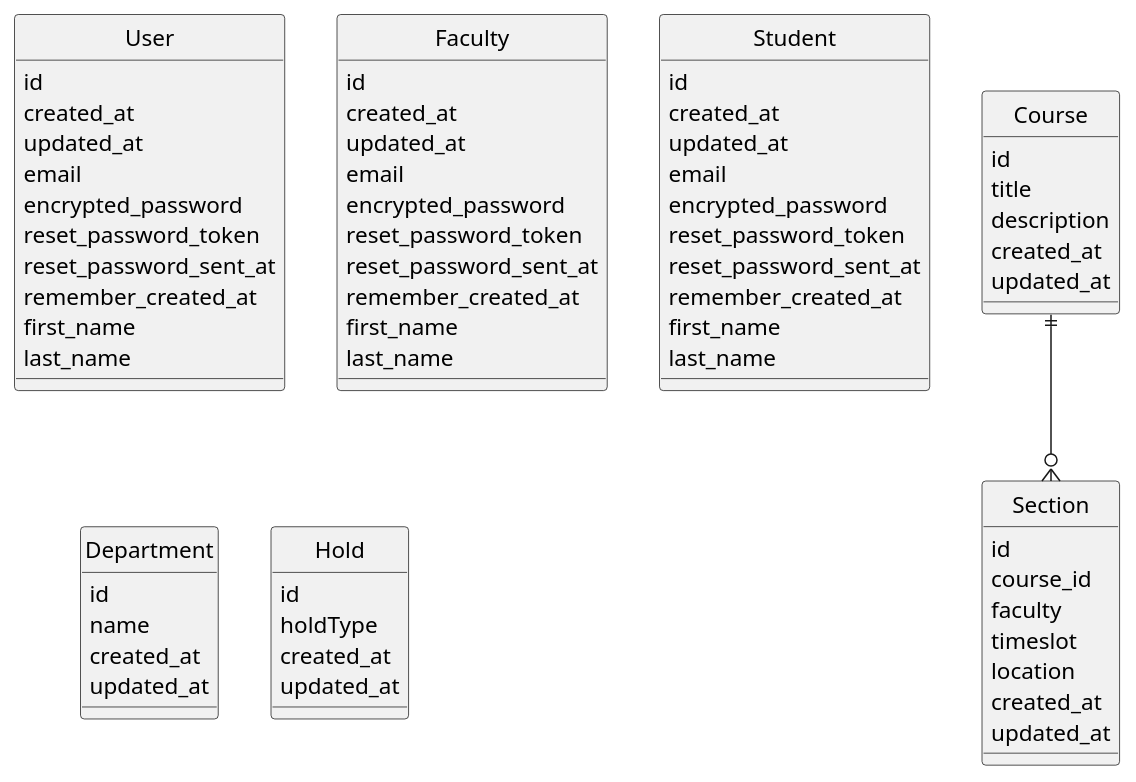
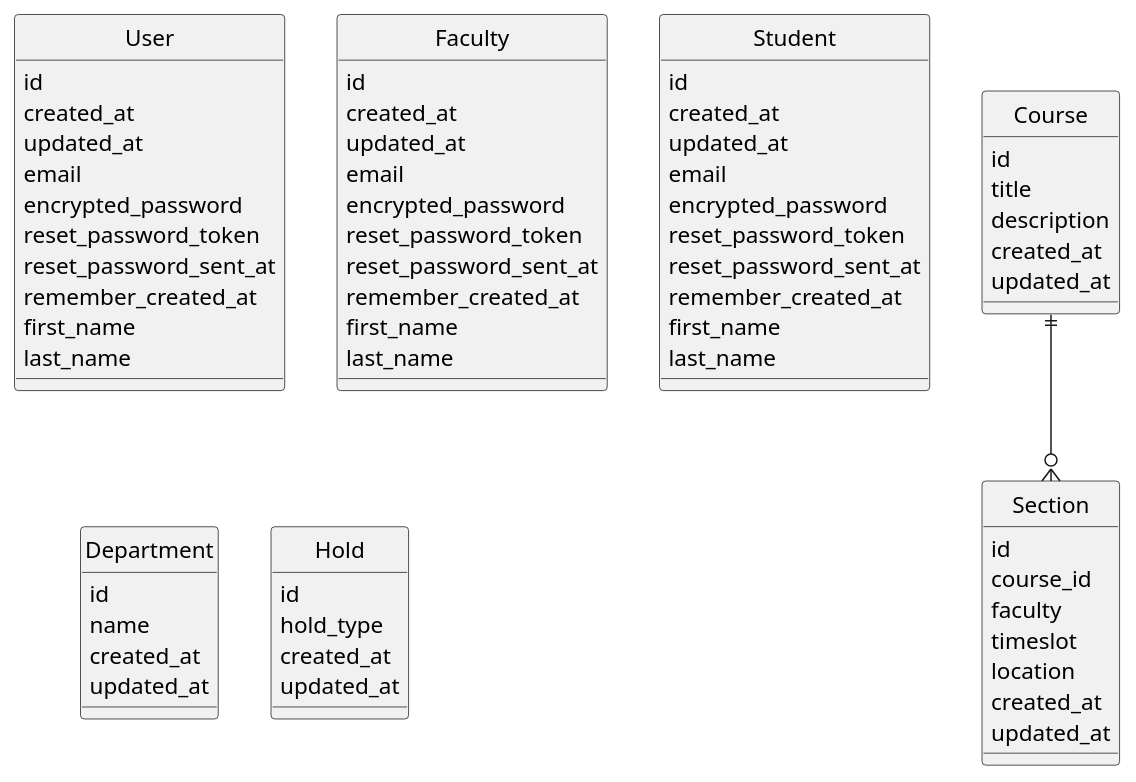
Before and after one commit to ow-fall2019-sysdes-nll/course-assistant: the diagram in app/diagramm.puml, drawn with PlantUML. The commit also changed 13 other files, not shown here.

Commit message:
Fix hold_type snake_case and use seed-fu

```diff
--- a/app/diagramm.puml
+++ b/app/diagramm.puml
@@ -1,77 +1,77 @@
 @startuml
 
 hide circle
 skinparam linetype ortho
 skinparam shadowing false
 skinparam monochrome true
 skinparam DefaultFontName Helvetica
 skinparam DefaultFontSize 15
 
 entity User {
 id
 created_at
 updated_at
 email
 encrypted_password
 reset_password_token
 reset_password_sent_at
 remember_created_at
 first_name
 last_name
 }
 entity Faculty {
 id
 created_at
 updated_at
 email
 encrypted_password
 reset_password_token
 reset_password_sent_at
 remember_created_at
 first_name
 last_name
 }
 entity Student {
 id
 created_at
 updated_at
 email
 encrypted_password
 reset_password_token
 reset_password_sent_at
 remember_created_at
 first_name
 last_name
 }
 entity Department {
 id
 name
 created_at
 updated_at
 }
 entity Section {
 id
 course_id
 faculty
 timeslot
 location
 created_at
 updated_at
 }
 entity Course {
 id
 title
 description
 created_at
 updated_at
 }
 entity Hold {
 id
-holdType
+hold_type
 created_at
 updated_at
 }
 
 Course ||--o{ Section
 
 @enduml
```
